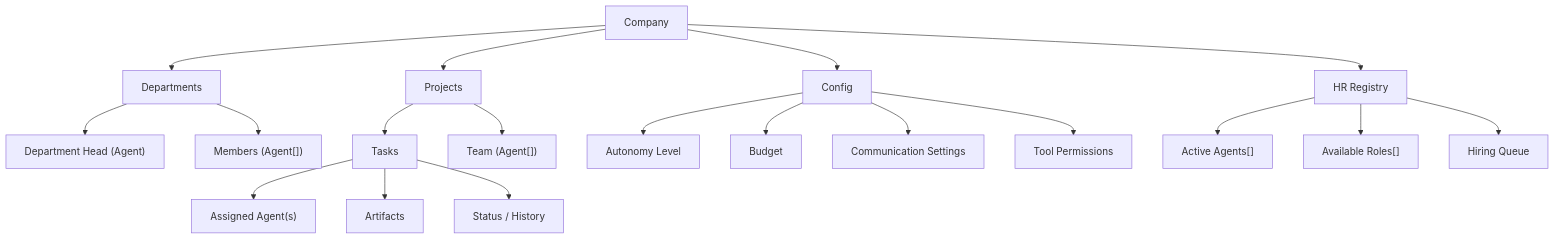
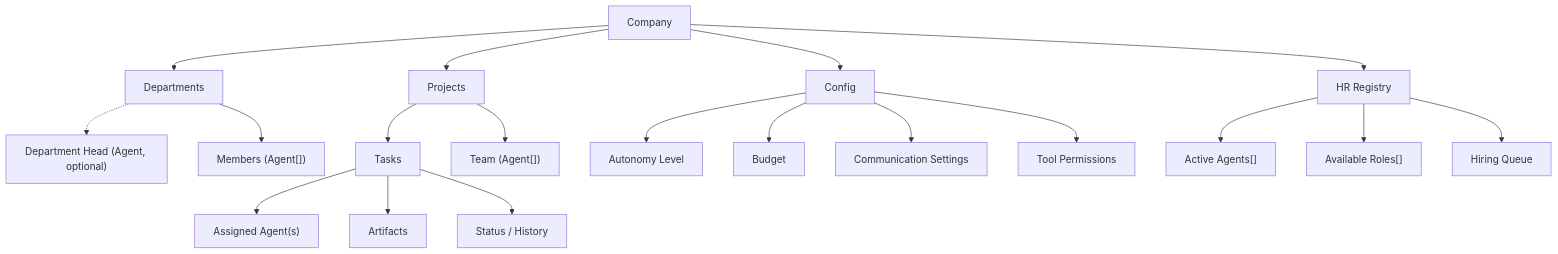
Before and after one commit to Aureliolo/ai-company: the diagram in docs/design/index.md, drawn with Mermaid. The commit also changed 25 other files, not shown here.

````diff
--- a/docs/design/index.md
+++ b/docs/design/index.md
@@ -139,26 +139,26 @@
 ```mermaid
 graph TD
     Company --> Departments
     Company --> Projects
     Company --> Config
     Company --> HR["HR Registry"]
 
-    Departments --> DeptHead["Department Head (Agent)"]
+    Departments -.-> DeptHead["Department Head (Agent, optional)"]
     Departments --> Members["Members (Agent[])"]
 
     Projects --> Tasks
     Projects --> Team["Team (Agent[])"]
 
     Tasks --> Assigned["Assigned Agent(s)"]
     Tasks --> Artifacts
     Tasks --> Status["Status / History"]
 
     Config --> Autonomy["Autonomy Level"]
     Config --> Budget
     Config --> CommSettings["Communication Settings"]
     Config --> ToolPerms["Tool Permissions"]
 
     HR --> Active["Active Agents[]"]
     HR --> Roles["Available Roles[]"]
     HR --> Queue["Hiring Queue"]
 ```
````
